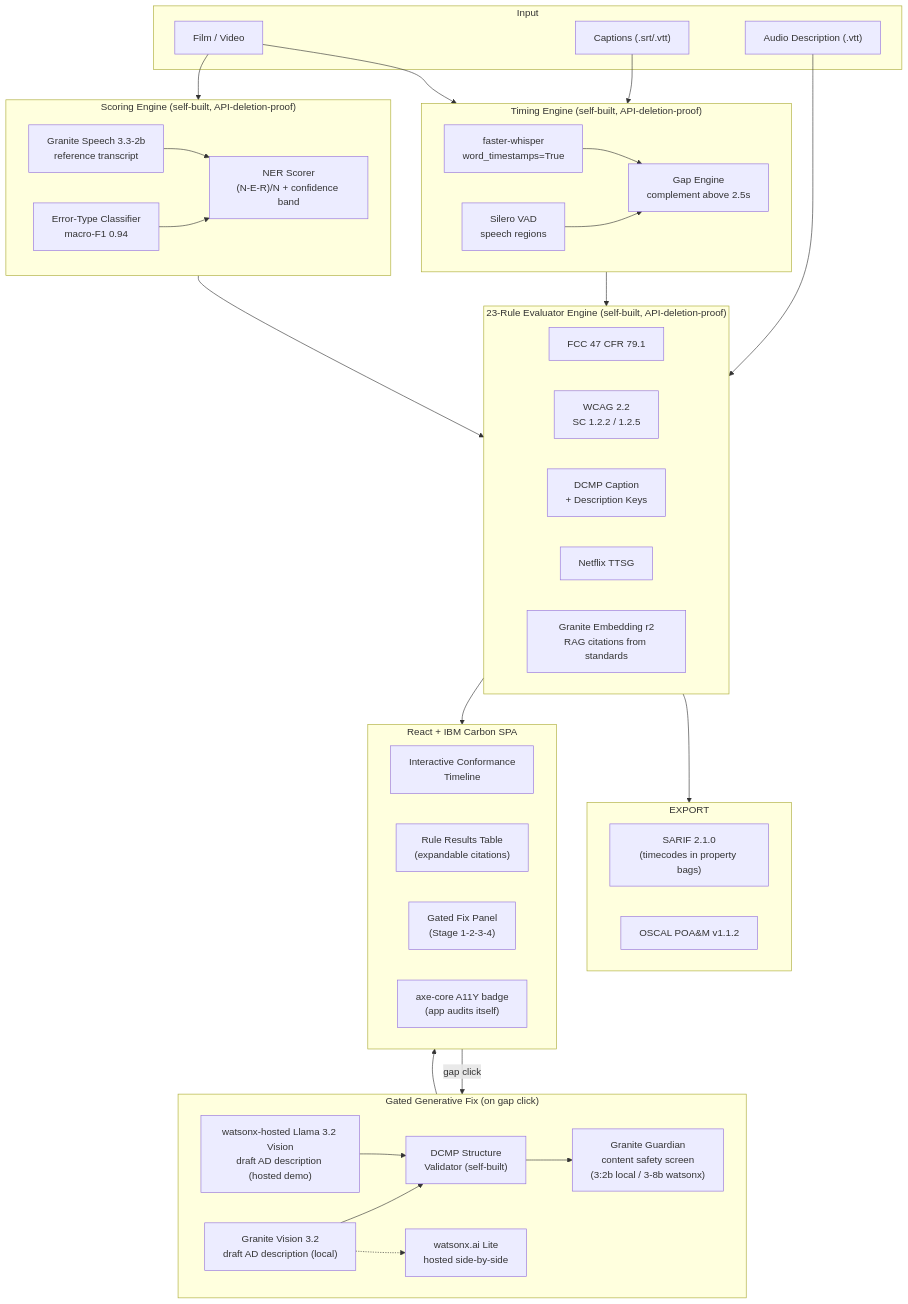
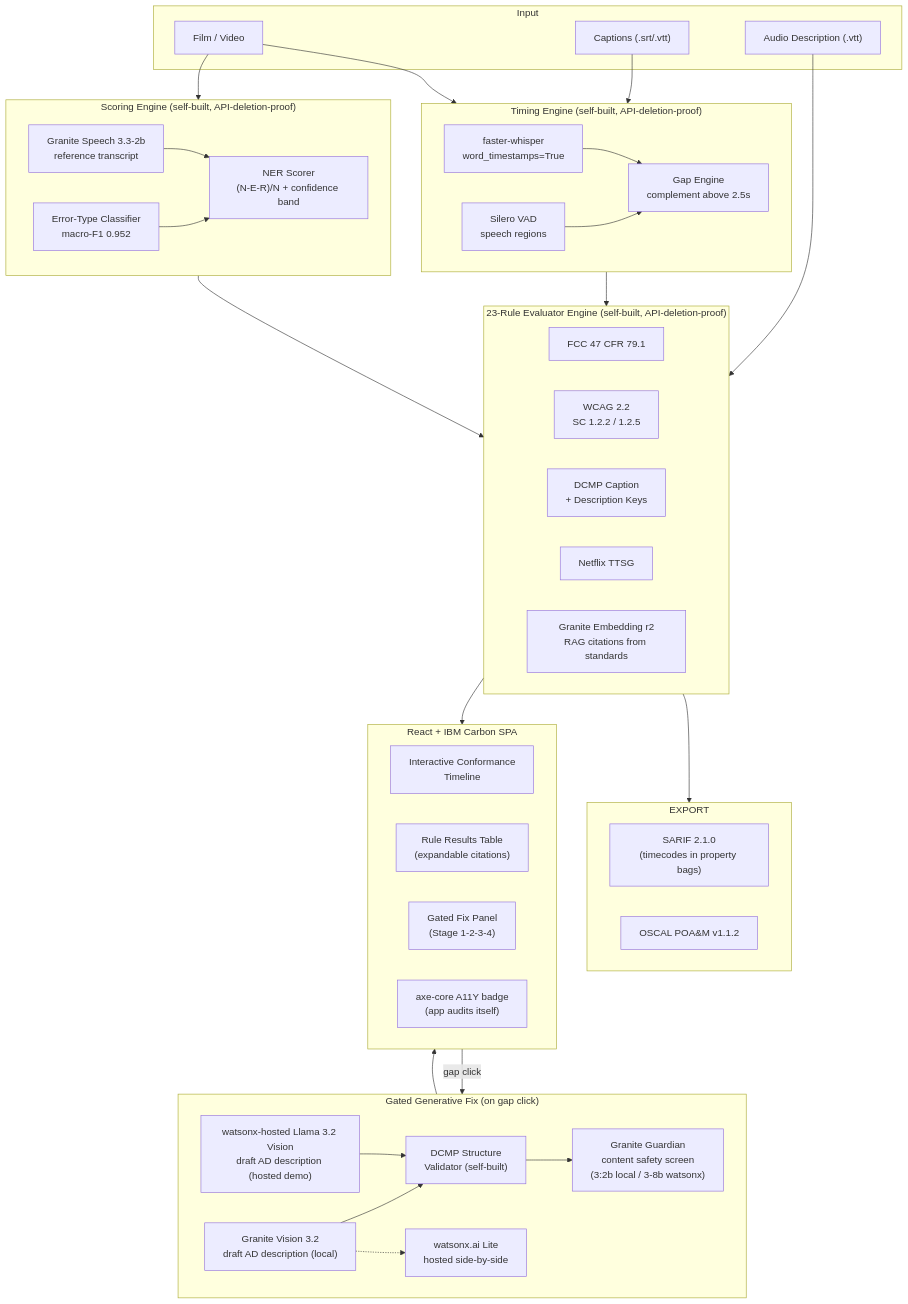
One commit to StephenSook/accessgate changed the diagram in README.md. Above: the diagram before and after it, drawn with Mermaid. The commit also changed other lines of this file and 2 other files, not shown here.

````diff
--- a/README.md
+++ b/README.md
@@ -100,70 +100,70 @@
 ```mermaid
 flowchart TB
     subgraph Input
         F["Film / Video"]
         CAP["Captions (.srt/.vtt)"]
         AD["Audio Description (.vtt)"]
     end
 
     subgraph TIMING["Timing Engine (self-built, API-deletion-proof)"]
         direction LR
         FW["faster-whisper\nword_timestamps=True"]
         VAD["Silero VAD\nspeech regions"]
         GAP["Gap Engine\ncomplement above 2.5s"]
         FW --> GAP
         VAD --> GAP
     end
 
     subgraph SCORE["Scoring Engine (self-built, API-deletion-proof)"]
         direction LR
         GS["Granite Speech 3.3-2b\nreference transcript"]
         NER["NER Scorer\n(N-E-R)/N + confidence band"]
-        CLS["Error-Type Classifier\nmacro-F1 0.94"]
+        CLS["Error-Type Classifier\nmacro-F1 0.952"]
         GS --> NER
         CLS --> NER
     end
 
     subgraph RULES["23-Rule Evaluator Engine (self-built, API-deletion-proof)"]
         direction LR
         FCC["FCC 47 CFR 79.1"]
         WCAG["WCAG 2.2\nSC 1.2.2 / 1.2.5"]
         DCMP["DCMP Caption\n+ Description Keys"]
         NFLX["Netflix TTSG"]
         RAG["Granite Embedding r2\nRAG citations from standards"]
     end
 
     subgraph EXPORT
         SARIF["SARIF 2.1.0\n(timecodes in property bags)"]
         OSCAL["OSCAL POA&M v1.1.2"]
     end
 
     subgraph GENFIX["Gated Generative Fix (on gap click)"]
         direction LR
         GV["Granite Vision 3.2\ndraft AD description (local)"]
         WXV["watsonx-hosted Llama 3.2 Vision\ndraft AD description (hosted demo)"]
         DCMPV["DCMP Structure\nValidator (self-built)"]
         GG["Granite Guardian\ncontent safety screen\n(3:2b local / 3-8b watsonx)"]
         WX["watsonx.ai Lite\nhosted side-by-side"]
         GV --> DCMPV --> GG
         WXV --> DCMPV
         GV -.-> WX
     end
 
     subgraph UI["React + IBM Carbon SPA"]
         TL["Interactive Conformance\nTimeline"]
         TBL["Rule Results Table\n(expandable citations)"]
         PANEL["Gated Fix Panel\n(Stage 1-2-3-4)"]
         AXE["axe-core A11Y badge\n(app audits itself)"]
     end
 
     F --> TIMING
     CAP --> TIMING
     F --> SCORE
     TIMING --> RULES
     SCORE --> RULES
     AD --> RULES
     RULES --> EXPORT
     RULES --> UI
     UI -->|gap click| GENFIX
     GENFIX --> UI
 ```
````
